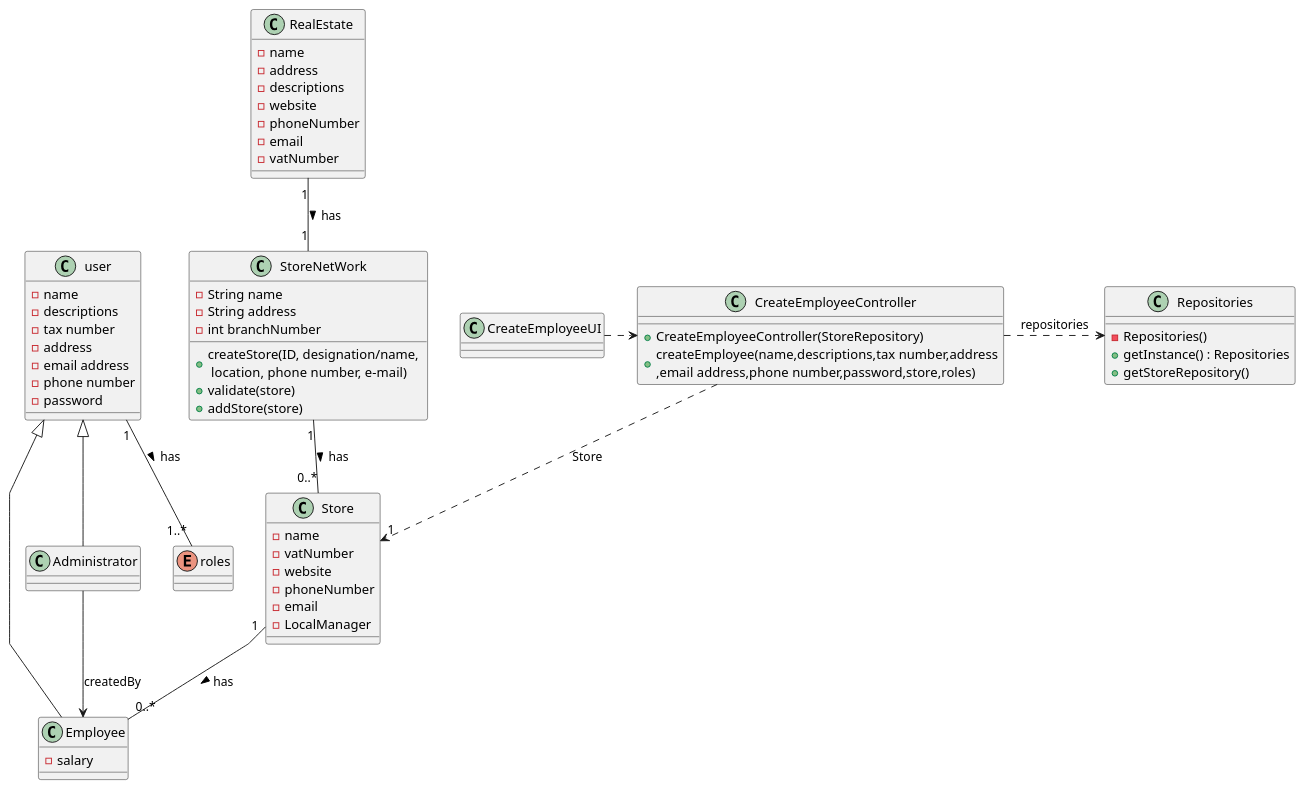
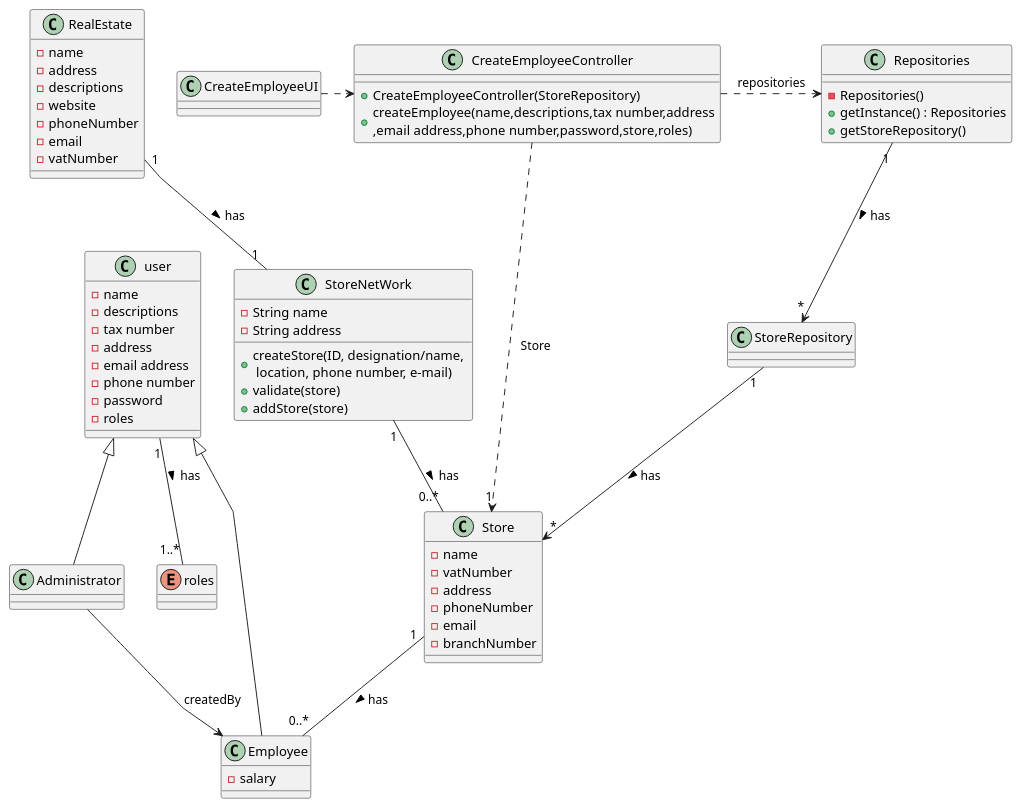
The diagram in lei-22-s2-1do-g68/docs/SprintB/us003/03.design/puml/us003-class-diagram.puml (hugosilva2901/lei-22-s2-1DO-g68), drawn with PlantUML before and after one commit. The commit also changed 15 other files, not shown here.

```diff
--- a/lei-22-s2-1do-g68/docs/SprintB/us003/03.design/puml/us003-class-diagram.puml
+++ b/lei-22-s2-1do-g68/docs/SprintB/us003/03.design/puml/us003-class-diagram.puml
@@ -1,81 +1,85 @@
 @startuml
 'skinparam monochrome true
 skinparam packageStyle rectangle
 skinparam shadowing false
 skinparam linetype polyline
 'skinparam linetype orto
 
-skinparam classAttributeIconSize "1"
-
+skinparam classAttributeIconSize "2"
+'left to right direction
 class Repositories {
     - Repositories()
     + getInstance() : Repositories
     + getStoreRepository()
 }
+class StoreRepository{
 
-'left to right direction
+}
+
+
 class CreateEmployeeUI{
 }
 
 class CreateEmployeeController{
     + CreateEmployeeController(StoreRepository)
     + createEmployee(name,descriptions,tax number,address\n,email address,phone number,password,store,roles)
 }
 
 class user{
     - name
     - descriptions
     - tax number
     - address
     - email address
     - phone number
     - password
+    - roles
 
 }
 enum roles{
 
 }
 class RealEstate {
     - name
     - address
     - descriptions
     - website
     - phoneNumber
     - email
     - vatNumber
 
 }
 
 class Employee extends user{
     -salary
 }
 
 class Administrator extends user{
 
 }
 class Store {
     - name
     - vatNumber
-    - website
+    - address
     - phoneNumber
     - email
-    - LocalManager
-
+    - branchNumber
 }
 class StoreNetWork{
     + createStore(ID, designation/name, \n location, phone number, e-mail)
     + validate(store)
     + addStore(store)
     - String name
     - String address
-    - int branchNumber
 }
 Store "1" -- "0..*" Employee : has >
 StoreNetWork "1" -- "0..*" Store : has >
 RealEstate "1" -- "1" StoreNetWork : has >
 user "1"--"1..*" roles : has >
 CreateEmployeeController .> Repositories : repositories
 CreateEmployeeUI .> CreateEmployeeController
 Administrator --> Employee : createdBy
 CreateEmployeeController ..> "1" Store : Store
+Repositories "1" --> "*" StoreRepository : has >
+StoreRepository "1" --> "*" Store : has >
 @enduml
```
